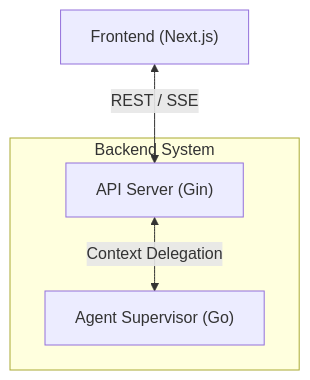
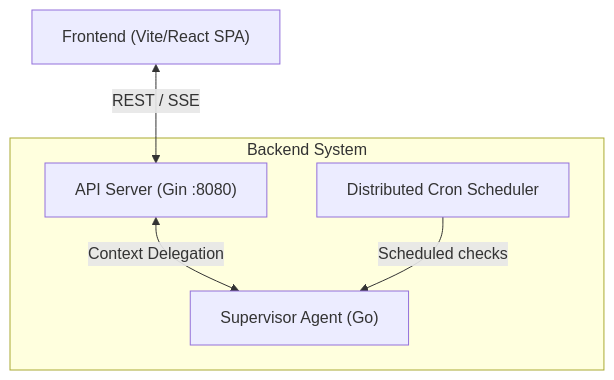
Before and after one commit to debmalyaroy/ai-cm: the second of 9 diagrams in docs/design_agent.md, drawn with Mermaid. The commit also changed other lines of this file and 3 other files, not shown here.

````diff
--- a/docs/design_agent.md
+++ b/docs/design_agent.md
@@ -72,12 +72,14 @@
 ```mermaid
 graph TD
-    FE["Frontend (Next.js)"]
-    
+    FE["Frontend (Vite/React SPA)"]
+
     subgraph "Backend System"
-        Gateway["API Server (Gin)"]
-        AgentCore["Agent Supervisor (Go)"]
+        Gateway["API Server (Gin :8080)"]
+        AgentCore["Supervisor Agent (Go)"]
+        Cron["Distributed Cron Scheduler"]
     end
-    
+
     FE <-->|"REST / SSE"| Gateway
     Gateway <-->|"Context Delegation"| AgentCore
+    Cron -->|"Scheduled checks"| AgentCore
 ```
````
